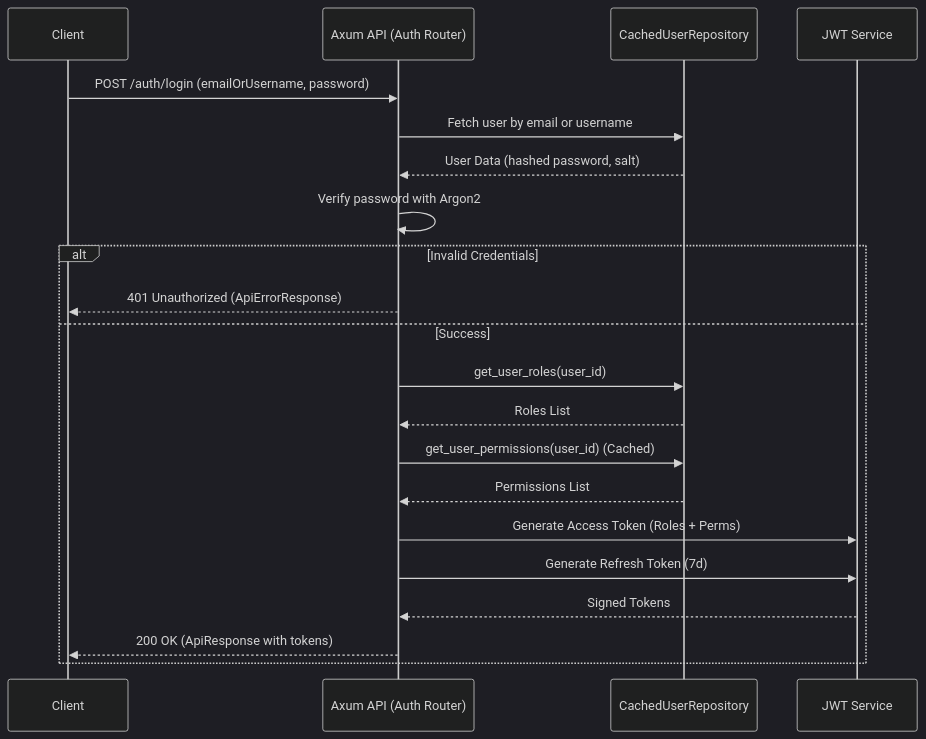
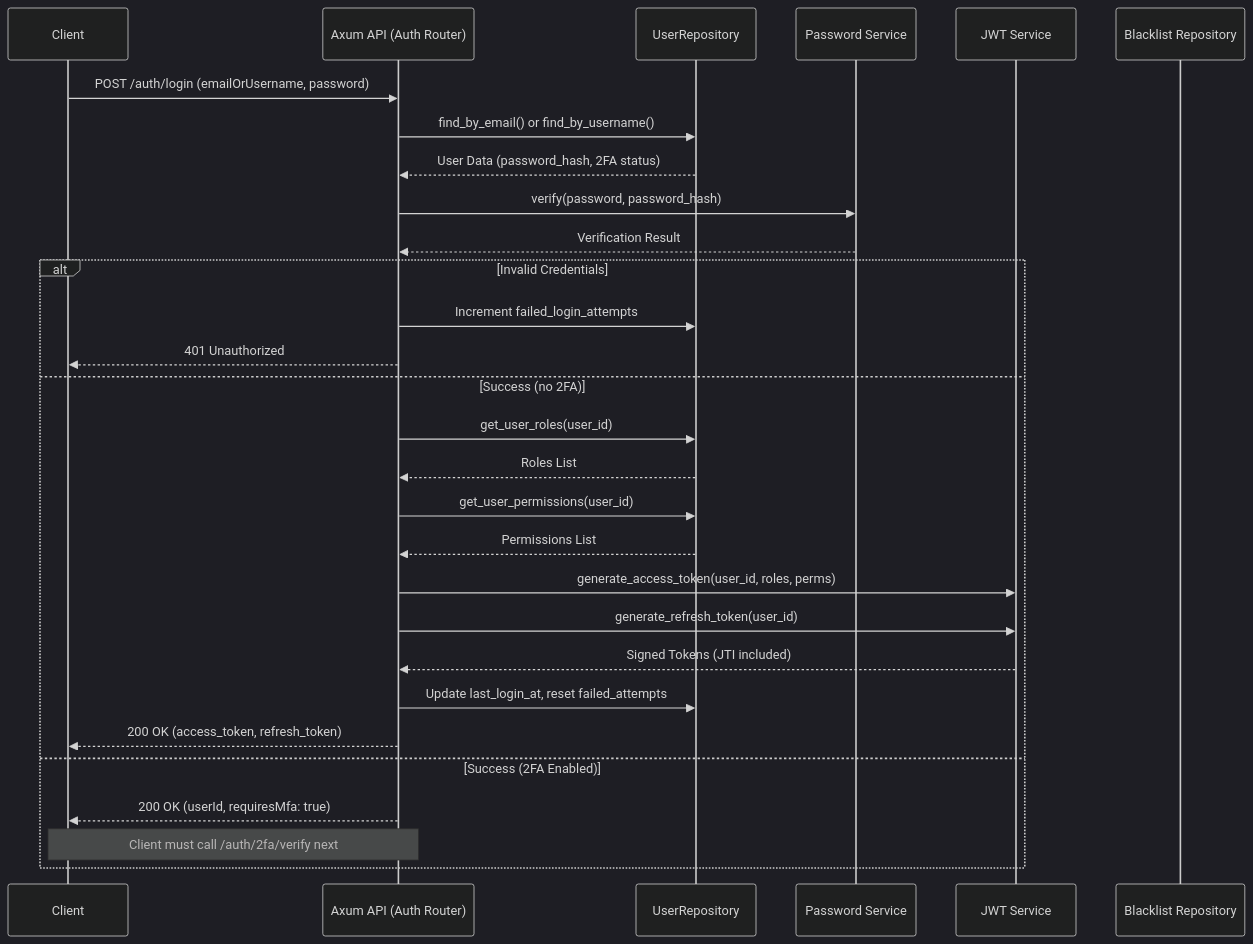
One commit to shirafzx/kafkey-api changed the third of 10 diagrams in docs/DIAGRAMS.md. Above: the diagram before and after it, drawn with Mermaid (dark theme). The commit also changed other lines of this file and 1 other file, not shown here.

````diff
--- a/docs/DIAGRAMS.md
+++ b/docs/DIAGRAMS.md
@@ -5,26 +202,36 @@
 ```mermaid
 sequenceDiagram
     participant Client
     participant API as Axum API (Auth Router)
-    participant Repos as CachedUserRepository
+    participant Repos as UserRepository
+    participant PasswordSvc as Password Service
     participant JWT as JWT Service
+    participant Blacklist as Blacklist Repository
 
     Client->>API: POST /auth/login (emailOrUsername, password)
-    API->>Repos: Fetch user by email or username
-    Repos-->>API: User Data (hashed password, salt)
-    API->>API: Verify password with Argon2
+    API->>Repos: find_by_email() or find_by_username()
+    Repos-->>API: User Data (password_hash, 2FA status)
+
+    API->>PasswordSvc: verify(password, password_hash)
+    PasswordSvc-->>API: Verification Result
 
     alt Invalid Credentials
-        API-->>Client: 401 Unauthorized (ApiErrorResponse)
-    else Success
+        API->>Repos: Increment failed_login_attempts
+        API-->>Client: 401 Unauthorized
+    else Success (no 2FA)
         API->>Repos: get_user_roles(user_id)
         Repos-->>API: Roles List
-        API->>Repos: get_user_permissions(user_id) (Cached)
+        API->>Repos: get_user_permissions(user_id)
         Repos-->>API: Permissions List
 
-        API->>JWT: Generate Access Token (Roles + Perms)
-        API->>JWT: Generate Refresh Token (7d)
-        JWT-->>API: Signed Tokens
-        API-->>Client: 200 OK (ApiResponse with tokens)
+        API->>JWT: generate_access_token(user_id, roles, perms)
+        API->>JWT: generate_refresh_token(user_id)
+        JWT-->>API: Signed Tokens (JTI included)
+
+        API->>Repos: Update last_login_at, reset failed_attempts
+        API-->>Client: 200 OK (access_token, refresh_token)
+    else Success (2FA Enabled)
+        API-->>Client: 200 OK (userId, requiresMfa: true)
+        Note over Client,API: Client must call /auth/2fa/verify next
     end
 ```
````
